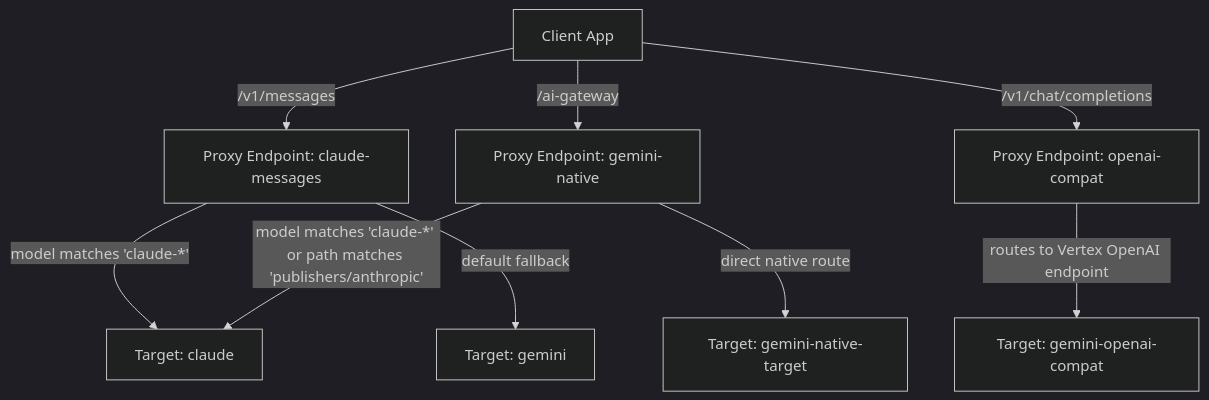
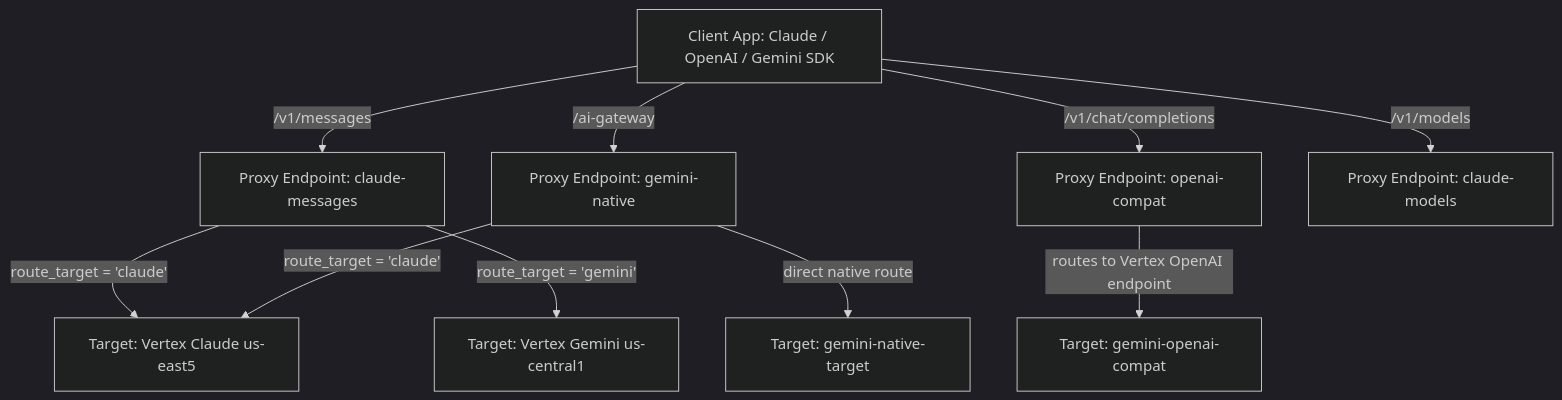
Before and after one commit to ra2085/ai-gw-sample: the diagram in README.md, drawn with Mermaid (dark theme). The commit also changed other lines of this file and 31 other files, not shown here.

````diff
--- a/README.md
+++ b/README.md
@@ -13,14 +11,15 @@
 ```mermaid
 graph TD
-    Client[Client App] -->|/v1/messages| ProxyClaude[Proxy Endpoint: claude-messages]
+    Client[Client App: Claude / OpenAI / Gemini SDK] -->|/v1/messages| ProxyClaude[Proxy Endpoint: claude-messages]
     Client -->|/ai-gateway| ProxyGemini[Proxy Endpoint: gemini-native]
     Client -->|/v1/chat/completions| ProxyOpenAI[Proxy Endpoint: openai-compat]
+    Client -->|/v1/models| ProxyModels[Proxy Endpoint: claude-models]
     
-    ProxyClaude -->|model matches 'claude-*'| TargetClaude[Target: claude]
-    ProxyClaude -->|default fallback| TargetGemini[Target: gemini]
+    ProxyClaude -->|route_target = 'claude'| TargetClaude[Target: Vertex Claude us-east5]
+    ProxyClaude -->|route_target = 'gemini'| TargetGemini[Target: Vertex Gemini us-central1]
     
     ProxyGemini -->|direct native route| TargetGeminiNative[Target: gemini-native-target]
-    ProxyGemini -->|model matches 'claude-*' or path matches 'publishers/anthropic'| TargetClaude[Target: claude]
+    ProxyGemini -->|route_target = 'claude'| TargetClaude[Target: Vertex Claude us-east5]
     
     ProxyOpenAI -->|routes to Vertex OpenAI endpoint| TargetGeminiOpenAI[Target: gemini-openai-compat]
 ```
````
